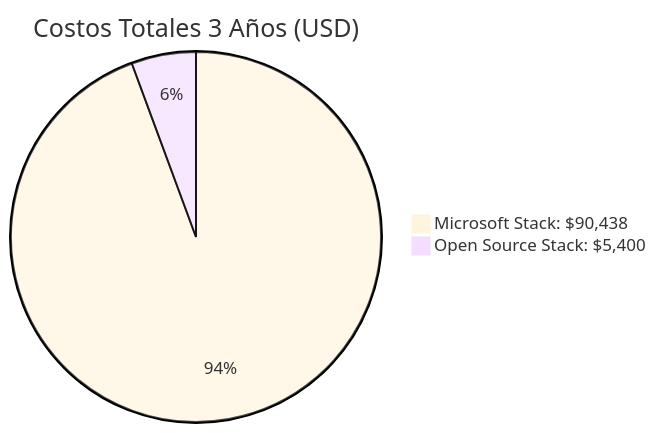
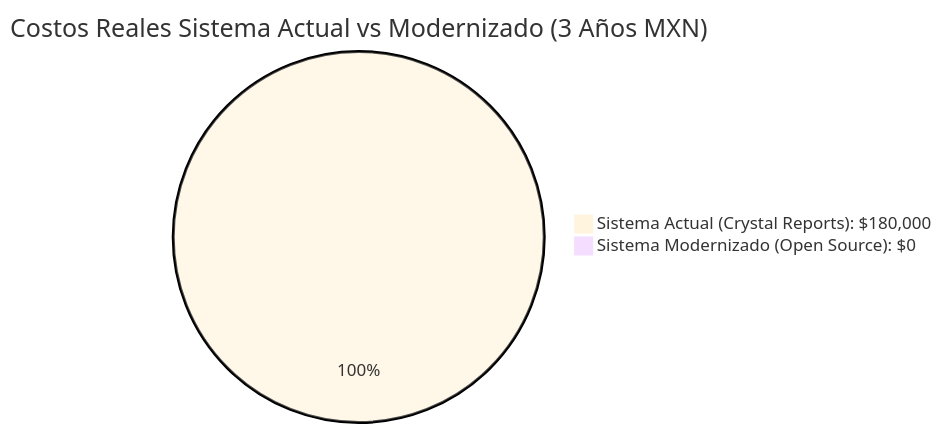
The second of 19 diagrams in DASHBOARD_VISUAL.md (dleonsystem/sep_evaluacion_diagnostica), drawn with Mermaid before and after one commit. The commit also changed other lines of this file and 4 other files, not shown here.

Commit message:
feat: Actualizar análisis financiero y costos de migración a stack open source en documentos clave

````diff
--- a/DASHBOARD_VISUAL.md
+++ b/DASHBOARD_VISUAL.md
@@ -45,6 +45,6 @@
 ```mermaid
 %%{init: {'theme':'base'}}%%
-pie title Costos Totales 3 Años (USD)
-    "Microsoft Stack: $90,438" : 90438
-    "Open Source Stack: $5,400" : 5400
+pie title Costos Reales Sistema Actual vs Modernizado (3 Años MXN)
+    "Sistema Actual (Crystal Reports): $180,000" : 180000
+    "Sistema Modernizado (Open Source): $0" : 0
 ```
````
